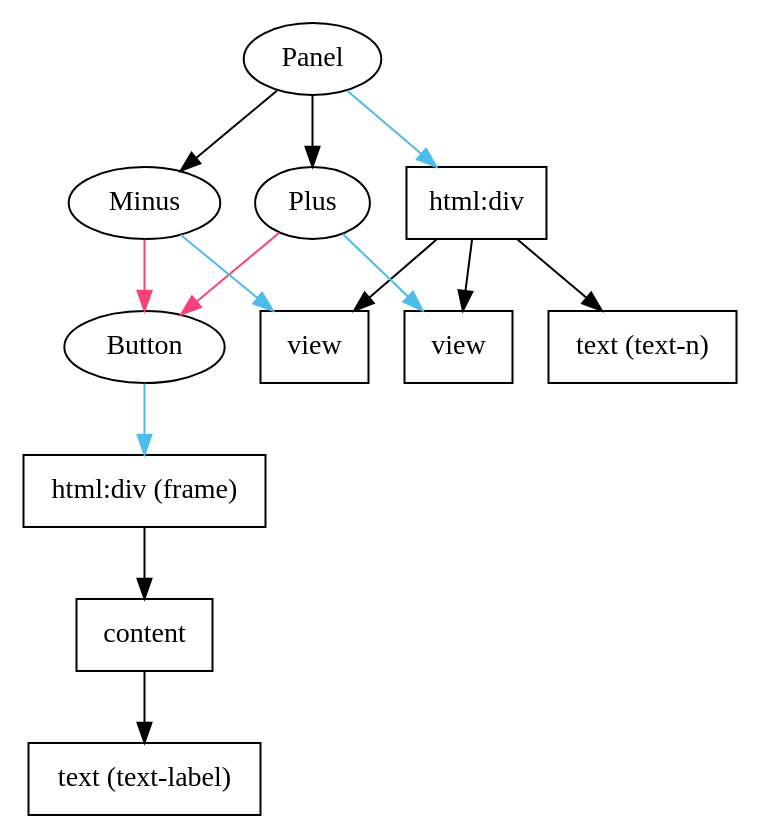
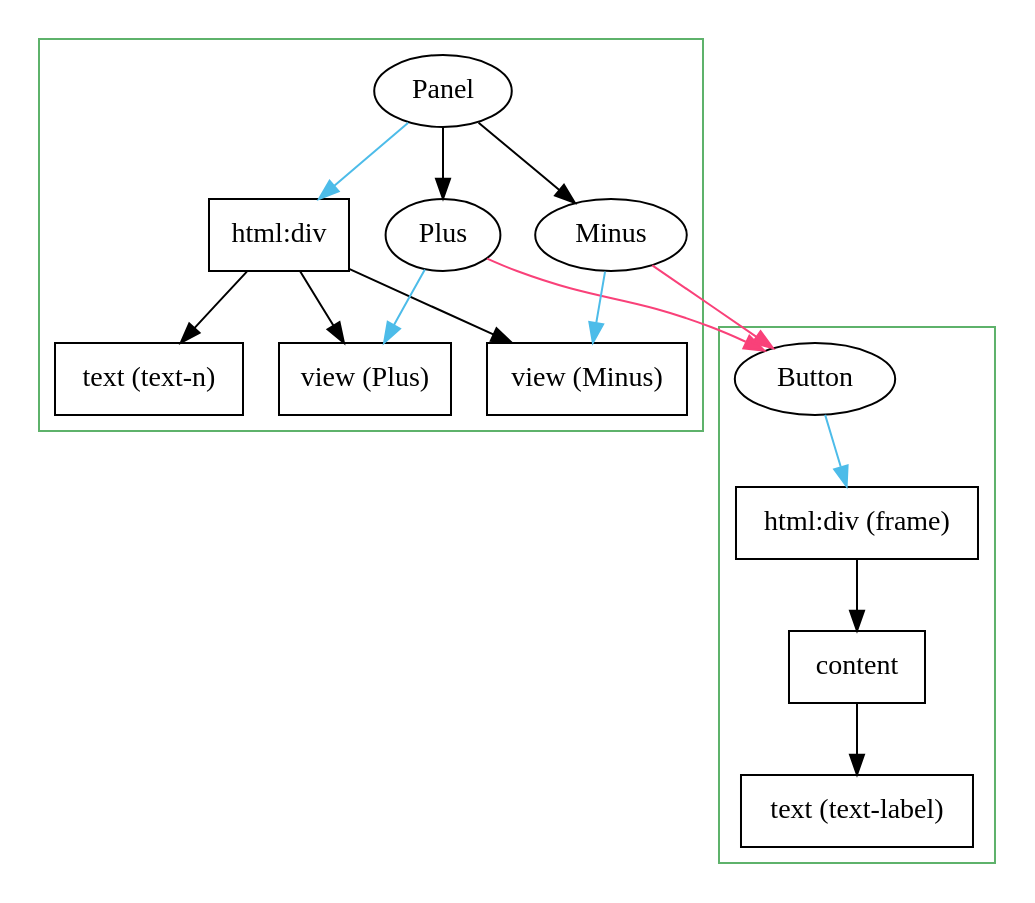
One commit to bendr/bender changed the diagram in spec/fig/panel.gv. Above: the diagram before and after it, drawn with Graphviz. The commit also changed 7 other files, not shown here.

```diff
--- a/spec/fig/panel.gv
+++ b/spec/fig/panel.gv
@@ -1,29 +1,36 @@
 digraph panel {
   node [fontname="Avenir Next"];
   edge [fontname="Avenir Next"];
 
-  div1 [label="html:div", shape=box]
-  vminus [label="view", shape=box]
-  vplus [label="view", shape=box]
-  textn [label="text (text-n)", shape=box]
-  div1 -> vminus
-  div1 -> textn
-  div1 -> vplus
+  subgraph cluster_panel {
+    color="#5eb26b";
+    div1 [label="html:div", shape=box]
+    vminus [label="view (Minus)", shape=box]
+    vplus [label="view (Plus)", shape=box]
+    textn [label="text (text-n)", shape=box]
+    div1 -> vminus
+    div1 -> textn
+    div1 -> vplus
 
-  Panel -> div1 [color="#4dbce9"]
-  Plus -> vplus [color="#4dbce9"]
-  Minus -> vminus [color="#4dbce9"]
-  Panel -> Plus
-  Panel -> Minus
+    Panel -> div1 [color="#4dbce9"]
+    Plus -> vplus [color="#4dbce9"]
+    Minus -> vminus [color="#4dbce9"]
+    Panel -> Plus
+    Panel -> Minus
+  }
 
-  Button -> frame [color="#4dbce9"]
-  frame [label="html:div (frame)", shape=box]
-  content [shape=box]
-  textlabel [label="text (text-label)", shape=box]
-  frame -> content
-  content -> textlabel
+  subgraph cluster_button {
+    color="#5eb26b";
 
-  Minus -> Button [color="#f94179"]
-  Plus -> Button [color="#f94179"]
+    Button -> frame [color="#4dbce9"]
+    frame [label="html:div (frame)", shape=box]
+    content [shape=box]
+    textlabel [label="text (text-label)", shape=box]
+    frame -> content
+    content -> textlabel
+
+    Minus -> Button [color="#f94179"]
+    Plus -> Button [color="#f94179"]
+  }
 
 }
```
